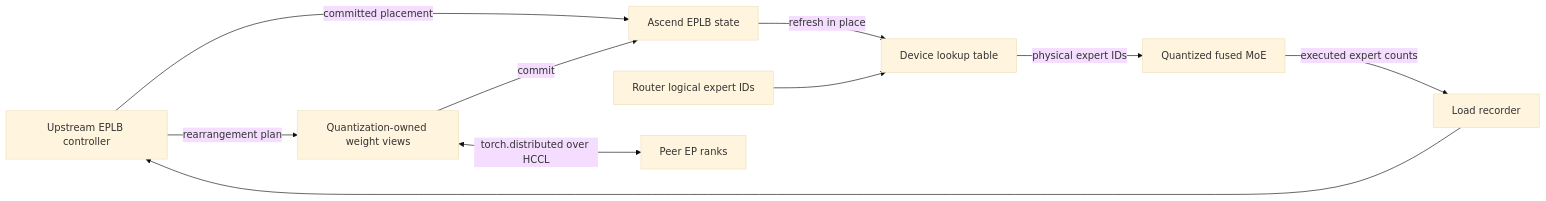
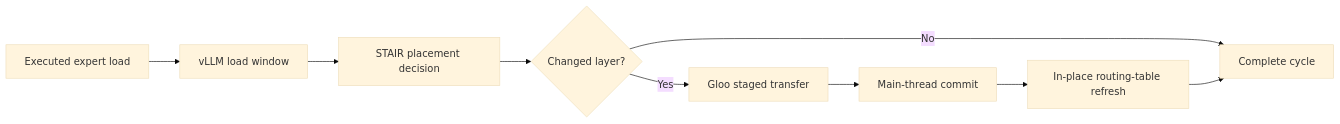
The diagram in docs/source/developer_guide/Design_Documents/model_runner_v2_eplb.md (vllm-project/vllm-ascend), drawn with Mermaid (base theme) before and after one commit. The commit also changed other lines of this file and 30 other files, not shown here.

Commit message:
feat(eplb): add asynchronous STAIR policy for model runner v2

````diff
--- a/docs/source/developer_guide/Design_Documents/model_runner_v2_eplb.md
+++ b/docs/source/developer_guide/Design_Documents/model_runner_v2_eplb.md
@@ -31,12 +19,11 @@
 ```mermaid
 flowchart LR
-    A["Upstream EPLB controller"] -->|"committed placement"| B["Ascend EPLB state"]
-    B -->|"refresh in place"| C["Device lookup table"]
-    D["Router logical expert IDs"] --> C
-    C -->|"physical expert IDs"| E["Quantized fused MoE"]
-    E -->|"executed expert counts"| F["Load recorder"]
-    F --> A
-    A -->|"rearrangement plan"| G["Quantization-owned weight views"]
-    G <-->|"torch.distributed over HCCL"| H["Peer EP ranks"]
-    G -->|"commit"| B
+    A["Executed expert load"] --> B["vLLM load window"]
+    B --> C["STAIR placement decision"]
+    C --> D{"Changed layer?"}
+    D -->|"No"| E["Complete cycle"]
+    D -->|"Yes"| F["Gloo staged transfer"]
+    F --> G["Main-thread commit"]
+    G --> H["In-place routing-table refresh"]
+    H --> E
 ```
````
